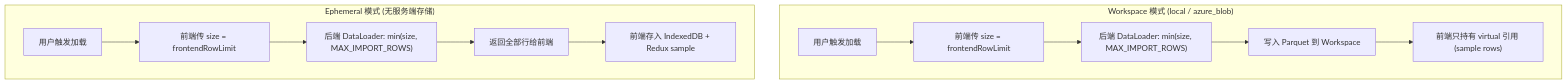
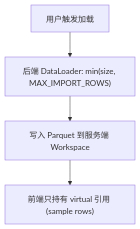
One commit to microsoft/data-formulator changed the first of 2 diagrams in docs/dev-guides/13-unified-row-limits.md. Above: the diagram before and after it, drawn with Mermaid. The commit also changed other lines of this file and 11 other files, not shown here.

````diff
--- a/docs/dev-guides/13-unified-row-limits.md
+++ b/docs/dev-guides/13-unified-row-limits.md
@@ -18,15 +18,6 @@
 ```mermaid
 flowchart TD
-    subgraph WorkspaceMode ["Workspace 模式 (local / azure_blob)"]
-        W1[用户触发加载] --> W2["前端传 size = frontendRowLimit"]
-        W2 --> W3["后端 DataLoader: min(size, MAX_IMPORT_ROWS)"]
-        W3 --> W4[写入 Parquet 到 Workspace]
-        W4 --> W5["前端只持有 virtual 引用 (sample rows)"]
-    end
-    subgraph EphemeralMode ["Ephemeral 模式 (无服务端存储)"]
-        E1[用户触发加载] --> E2["前端传 size = frontendRowLimit"]
-        E2 --> E3["后端 DataLoader: min(size, MAX_IMPORT_ROWS)"]
-        E3 --> E4[返回全部行给前端]
-        E4 --> E5[前端存入 IndexedDB + Redux sample]
-    end
+    A[用户触发加载] --> B["后端 DataLoader: min(size, MAX_IMPORT_ROWS)"]
+    B --> C["写入 Parquet 到服务端 Workspace"]
+    C --> D["前端只持有 virtual 引用 (sample rows)"]
 ```
````
